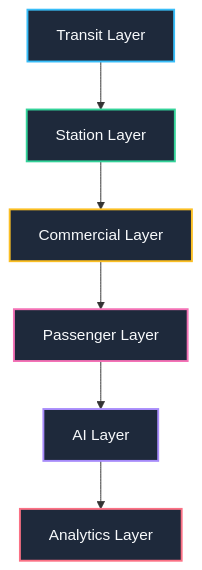
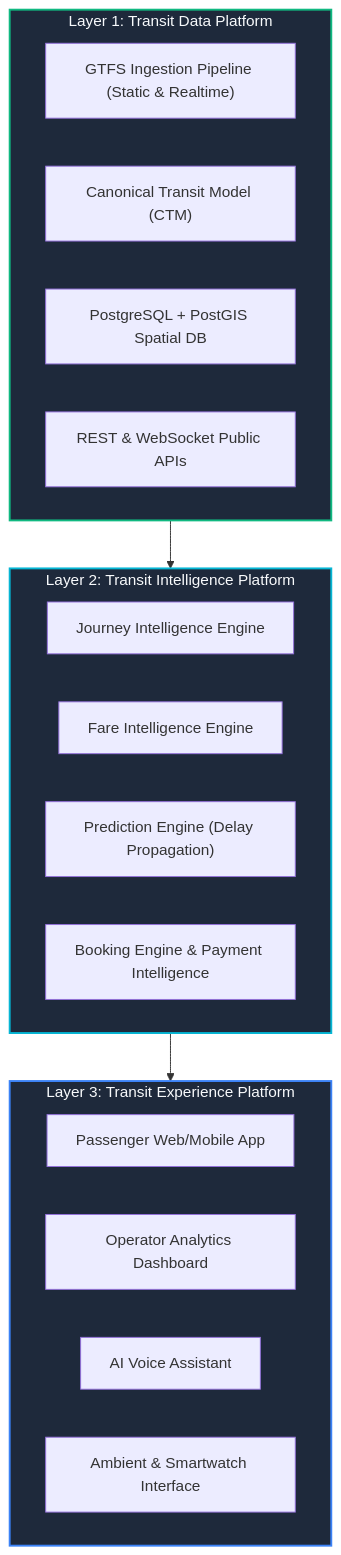
Before and after one commit to Gautam2665/MetroRadar: the diagram in ROADMAP.md, drawn with Mermaid. The commit also changed other lines of this file and 29 other files, not shown here.

````diff
--- a/ROADMAP.md
+++ b/ROADMAP.md
@@ -11,15 +9,30 @@
 ```mermaid
 graph TD
-    A[Transit Layer] --> B[Station Layer]
-    B --> C[Commercial Layer]
-    C --> D[Passenger Layer]
-    D --> E[AI Layer]
-    E --> F[Analytics Layer]
+    subgraph Layer3["Layer 3: Transit Experience Platform"]
+        A["Passenger Web/Mobile App"]
+        B["Operator Analytics Dashboard"]
+        C["AI Voice Assistant"]
+        D["Ambient & Smartwatch Interface"]
+    end
 
-    style A fill:#1e293b,stroke:#38bdf8,stroke-width:2px,color:#f8fafc
-    style B fill:#1e293b,stroke:#34d399,stroke-width:2px,color:#f8fafc
-    style C fill:#1e293b,stroke:#fbbf24,stroke-width:2px,color:#f8fafc
-    style D fill:#1e293b,stroke:#f472b6,stroke-width:2px,color:#f8fafc
-    style E fill:#1e293b,stroke:#a78bfa,stroke-width:2px,color:#f8fafc
-    style F fill:#1e293b,stroke:#fb7185,stroke-width:2px,color:#f8fafc
+    subgraph Layer2["Layer 2: Transit Intelligence Platform"]
+        E["Journey Intelligence Engine"]
+        F["Fare Intelligence Engine"]
+        G["Prediction Engine (Delay Propagation)"]
+        H["Booking Engine & Payment Intelligence"]
+    end
+
+    subgraph Layer1["Layer 1: Transit Data Platform"]
+        I["GTFS Ingestion Pipeline (Static & Realtime)"]
+        J["Canonical Transit Model (CTM)"]
+        K["PostgreSQL + PostGIS Spatial DB"]
+        L["REST & WebSocket Public APIs"]
+    end
+
+    Layer1 --> Layer2
+    Layer2 --> Layer3
+
+    style Layer1 fill:#1e293b,stroke:#10b981,stroke-width:2px,color:#f8fafc
+    style Layer2 fill:#1e293b,stroke:#06b6d4,stroke-width:2px,color:#f8fafc
+    style Layer3 fill:#1e293b,stroke:#3b82f6,stroke-width:2px,color:#f8fafc
 ```
````
